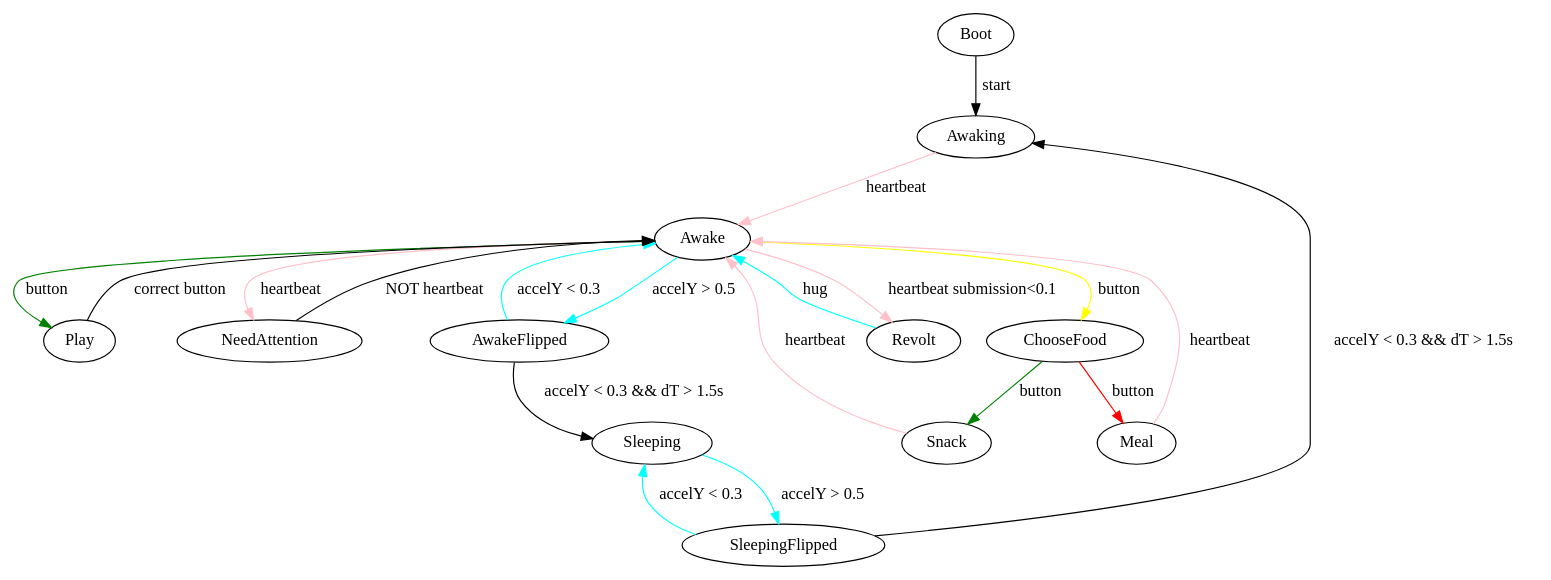
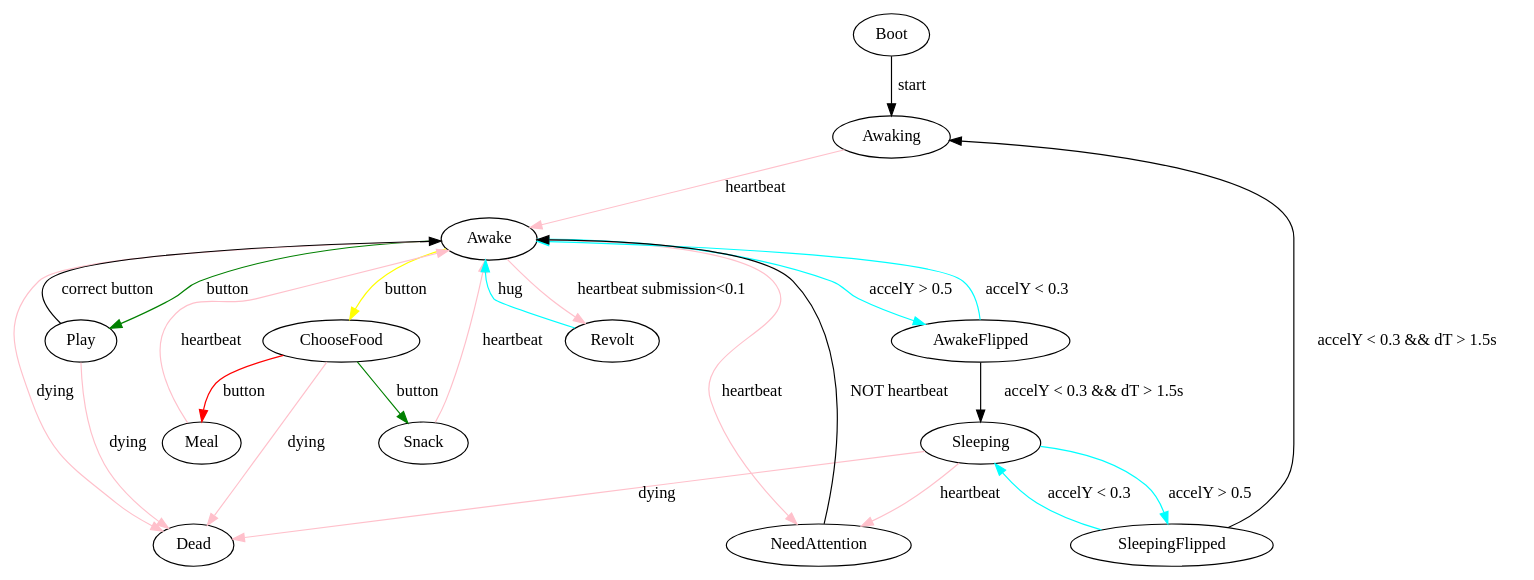
The diagram in states.dot (titouanc/sicp-project), drawn with Graphviz before and after one commit. The commit also changed 3 other files, not shown here.

```diff
--- a/states.dot
+++ b/states.dot
@@ -1,27 +1,33 @@
 digraph virtualpet {
     Boot -> Awaking [label="start"];
     Awaking -> Awake [label="heartbeat", color="pink"];
 
     Awake -> AwakeFlipped [label="accelY > 0.5", color="cyan"];
     AwakeFlipped -> Awake [label="accelY < 0.3", color="cyan"];
     AwakeFlipped -> Sleeping [label="accelY < 0.3 && dT > 1.5s"];
 
     Sleeping -> SleepingFlipped [label="accelY > 0.5", color="cyan"];
     SleepingFlipped -> Sleeping [label="accelY < 0.3", color="cyan"];
     SleepingFlipped -> Awaking [label="accelY < 0.3 && dT > 1.5s"];
 
     Awake -> Play [label="button", color="green"];
     Play -> Awake [label="correct button"];
 
+    Sleeping -> NeedAttention [label="heartbeat", color="pink"];
     Awake -> NeedAttention [label="heartbeat", color="pink"];
     NeedAttention -> Awake [label="NOT heartbeat"];
 
     Awake -> ChooseFood [label="button", color="yellow"];
     ChooseFood -> Snack [label="button", color="green"];
     ChooseFood -> Meal  [label="button", color="red"];
     Snack -> Awake [label="heartbeat", color="pink"];
     Meal -> Awake [label="heartbeat", color="pink"];
 
     Awake -> Revolt [label="heartbeat submission<0.1", color="pink"];
-    Revolt -> Awake [label="hug", color="cyan"]
+    Revolt -> Awake [label="hug", color="cyan"];
+
+    Awake -> Dead [label="dying", color="pink"];
+    Sleeping -> Dead [label="dying", color="pink"];
+    Play -> Dead [label="dying", color="pink"];
+    ChooseFood -> Dead [label="dying", color="pink"];
 }
```
